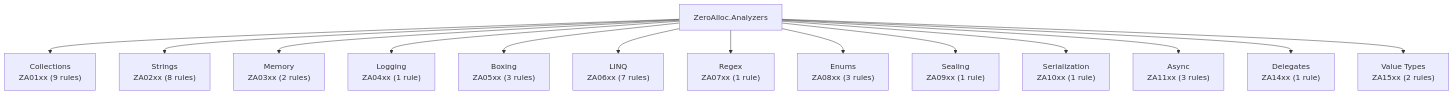
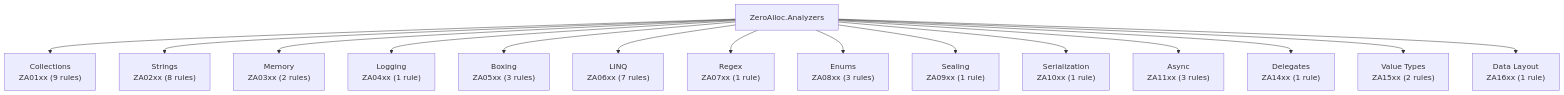
One commit to ZeroAlloc-Net/ZeroAlloc.Analyzers changed the diagram in docs/getting-started.md. Above: the diagram before and after it, drawn with Mermaid. The commit also changed other lines of this file and 10 other files, not shown here.

First line of the commit message:
feat: add cache-line data-layout analyzers (ZA16xx) (#26)

````diff
--- a/docs/getting-started.md
+++ b/docs/getting-started.md
@@ -126,17 +126,18 @@
 ```mermaid
 graph TD
     ZeroAlloc["ZeroAlloc.Analyzers"]
     ZeroAlloc --> C["Collections<br/>ZA01xx (9 rules)"]
     ZeroAlloc --> S["Strings<br/>ZA02xx (8 rules)"]
     ZeroAlloc --> M["Memory<br/>ZA03xx (2 rules)"]
     ZeroAlloc --> L["Logging<br/>ZA04xx (1 rule)"]
     ZeroAlloc --> B["Boxing<br/>ZA05xx (3 rules)"]
     ZeroAlloc --> LQ["LINQ<br/>ZA06xx (7 rules)"]
     ZeroAlloc --> R["Regex<br/>ZA07xx (1 rule)"]
     ZeroAlloc --> E["Enums<br/>ZA08xx (3 rules)"]
     ZeroAlloc --> SE["Sealing<br/>ZA09xx (1 rule)"]
     ZeroAlloc --> SZ["Serialization<br/>ZA10xx (1 rule)"]
     ZeroAlloc --> A["Async<br/>ZA11xx (3 rules)"]
     ZeroAlloc --> D["Delegates<br/>ZA14xx (1 rule)"]
     ZeroAlloc --> V["Value Types<br/>ZA15xx (2 rules)"]
+    ZeroAlloc --> DL["Data Layout<br/>ZA16xx (1 rule)"]
 ```
````
